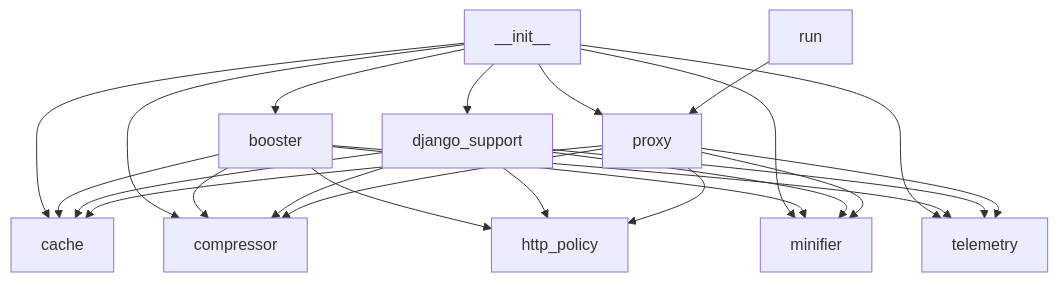
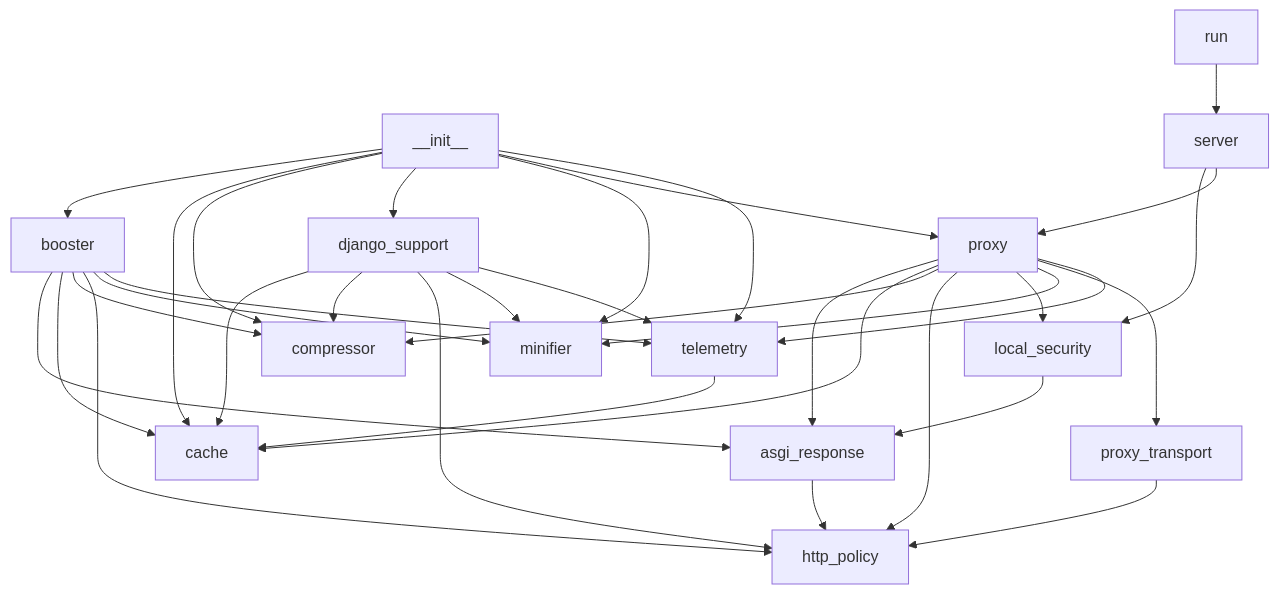
One commit to Gaazi/booster changed the diagram in CODEMAP.md. Above: the diagram before and after it, drawn with Mermaid. The commit also changed other lines of this file and 32 other files, not shown here.

First line of the commit message:
feat: harden security, add ASGI streaming, dashboard, plugin setup and comprehensive tests

````diff
--- a/CODEMAP.md
+++ b/CODEMAP.md
@@ -102,26 +151,36 @@
 ```mermaid
 graph TD
   __init__ --> booster
   __init__ --> cache
   __init__ --> compressor
   __init__ --> django_support
   __init__ --> minifier
   __init__ --> proxy
   __init__ --> telemetry
+  asgi_response --> http_policy
+  booster --> asgi_response
   booster --> cache
   booster --> compressor
   booster --> http_policy
   booster --> minifier
   booster --> telemetry
   django_support --> cache
   django_support --> compressor
   django_support --> http_policy
   django_support --> minifier
   django_support --> telemetry
+  local_security --> asgi_response
+  proxy --> asgi_response
   proxy --> cache
   proxy --> compressor
   proxy --> http_policy
+  proxy --> local_security
   proxy --> minifier
+  proxy --> proxy_transport
   proxy --> telemetry
-  run --> proxy
+  proxy_transport --> http_policy
+  run --> server
+  server --> local_security
+  server --> proxy
+  telemetry --> cache
 ```
````
